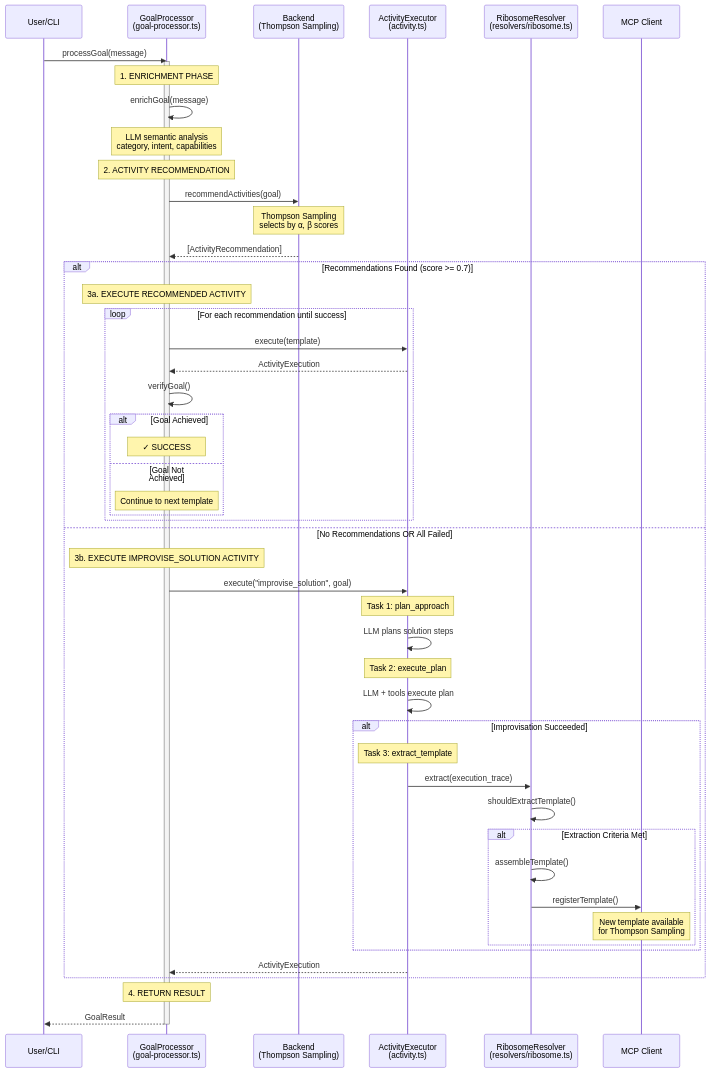
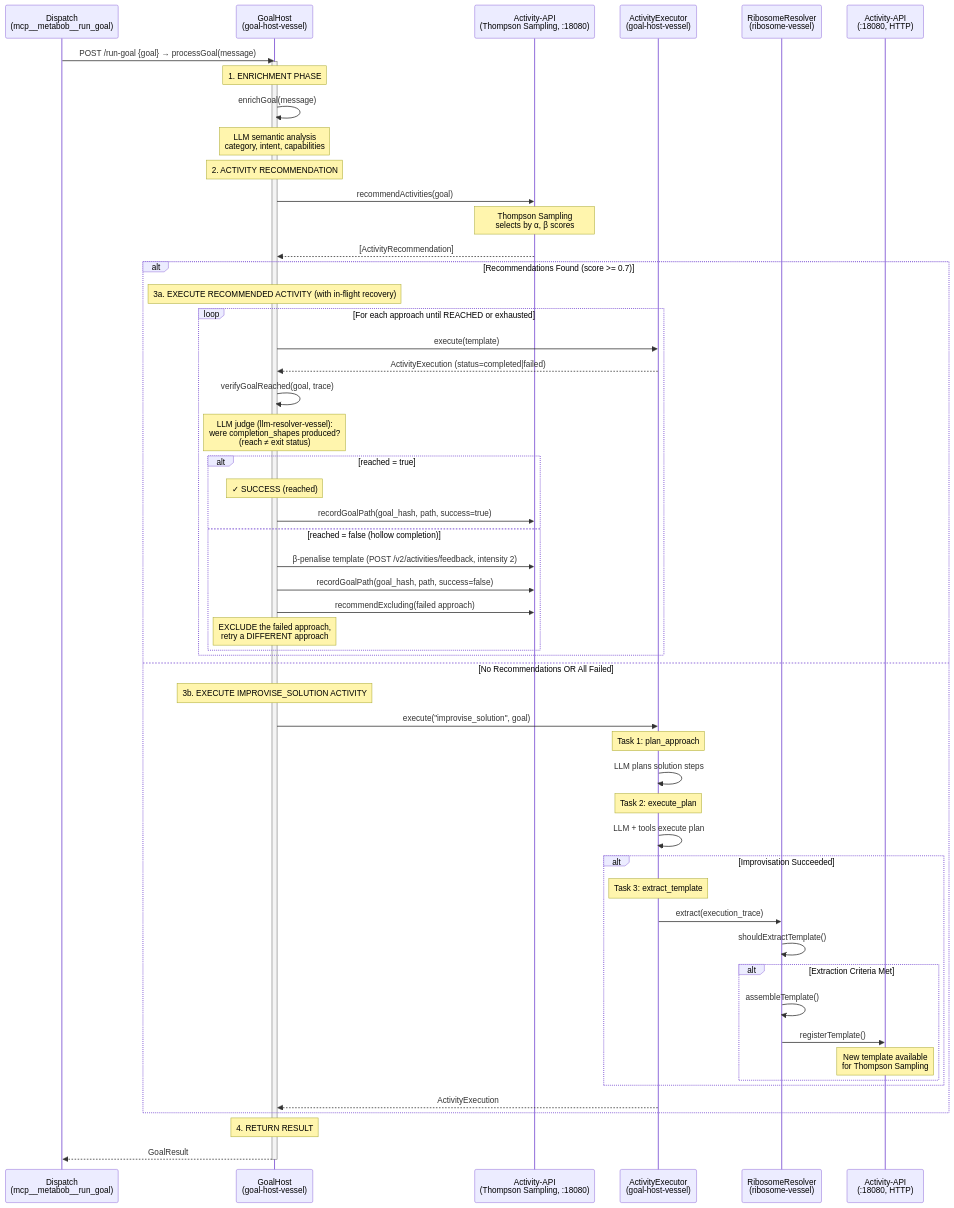
Before and after one commit to AviGopal/substrate: the first of 9 diagrams in docs/architecture/sequences/04-improvisation-failure-modes.md, drawn with Mermaid. The commit also changed other lines of this file and 58 other files, not shown here.

````diff
--- a/docs/architecture/sequences/04-improvisation-failure-modes.md
+++ b/docs/architecture/sequences/04-improvisation-failure-modes.md
@@ -25,62 +29,67 @@
 ```mermaid
 sequenceDiagram
-    participant User as User/CLI
-    participant GP as GoalProcessor<br/>(goal-processor.ts)
-    participant BE as Backend<br/>(Thompson Sampling)
-    participant Exec as ActivityExecutor<br/>(activity.ts)
-    participant Ribosome as RibosomeResolver<br/>(resolvers/ribosome.ts)
-    participant MCP as MCP Client
+    participant User as Dispatch<br/>(mcp__metabob__run_goal)
+    participant GP as GoalHost<br/>(goal-host-vessel)
+    participant BE as Activity-API<br/>(Thompson Sampling, :18080)
+    participant Exec as ActivityExecutor<br/>(goal-host-vessel)
+    participant Ribosome as RibosomeResolver<br/>(ribosome-vessel)
+    participant MCP as Activity-API<br/>(:18080, HTTP)
 
-    User->>GP: processGoal(message)
+    User->>GP: POST /run-goal {goal} → processGoal(message)
     activate GP
 
     Note over GP: 1. ENRICHMENT PHASE
     GP->>GP: enrichGoal(message)
     Note over GP: LLM semantic analysis<br/>category, intent, capabilities
 
     Note over GP: 2. ACTIVITY RECOMMENDATION
     GP->>BE: recommendActivities(goal)
     Note over BE: Thompson Sampling<br/>selects by α, β scores
     BE-->>GP: [ActivityRecommendation]
 
     alt Recommendations Found (score >= 0.7)
-        Note over GP: 3a. EXECUTE RECOMMENDED ACTIVITY
-        loop For each recommendation until success
+        Note over GP: 3a. EXECUTE RECOMMENDED ACTIVITY (with in-flight recovery)
+        loop For each approach until REACHED or exhausted
             GP->>Exec: execute(template)
-            Exec-->>GP: ActivityExecution
+            Exec-->>GP: ActivityExecution (status=completed|failed)
 
-            GP->>GP: verifyGoal()
-            alt Goal Achieved
-                Note over GP: ✓ SUCCESS
-            else Goal Not Achieved
-                Note over GP: Continue to next template
+            GP->>GP: verifyGoalReached(goal, trace)
+            Note over GP: LLM judge (llm-resolver-vessel):<br/>were completion_shapes produced?<br/>(reach ≠ exit status)
+            alt reached = true
+                Note over GP: ✓ SUCCESS (reached)
+                GP->>BE: recordGoalPath(goal_hash, path, success=true)
+            else reached = false (hollow completion)
+                GP->>BE: β-penalise template (POST /v2/activities/feedback, intensity 2)
+                GP->>BE: recordGoalPath(goal_hash, path, success=false)
+                GP->>BE: recommendExcluding(failed approach)
+                Note over GP: EXCLUDE the failed approach,<br/>retry a DIFFERENT approach
             end
         end
     else No Recommendations OR All Failed
         Note over GP: 3b. EXECUTE IMPROVISE_SOLUTION ACTIVITY
         GP->>Exec: execute("improvise_solution", goal)
 
         Note over Exec: Task 1: plan_approach
         Exec->>Exec: LLM plans solution steps
 
         Note over Exec: Task 2: execute_plan
         Exec->>Exec: LLM + tools execute plan
 
         alt Improvisation Succeeded
             Note over Exec: Task 3: extract_template
             Exec->>Ribosome: extract(execution_trace)
             Ribosome->>Ribosome: shouldExtractTemplate()
             alt Extraction Criteria Met
                 Ribosome->>Ribosome: assembleTemplate()
                 Ribosome->>MCP: registerTemplate()
                 Note over MCP: New template available<br/>for Thompson Sampling
             end
         end
 
         Exec-->>GP: ActivityExecution
     end
 
     Note over GP: 4. RETURN RESULT
     GP-->>User: GoalResult
     deactivate GP
 ```
````
